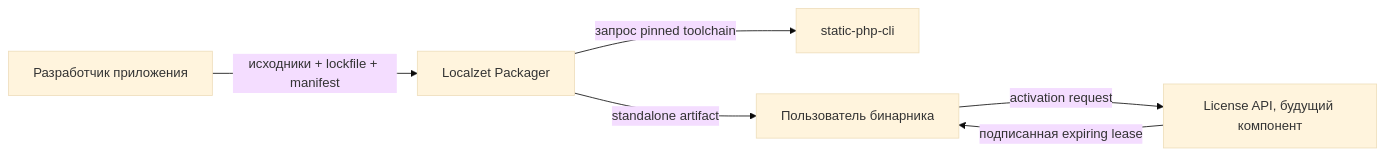
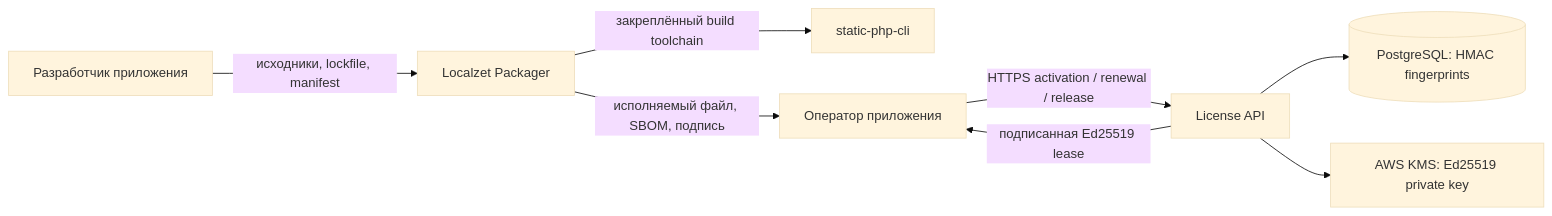
The first of 2 diagrams in docs/architecture.md (localzet/Packager), drawn with Mermaid (base theme) before and after one commit. The commit also changed other lines of this file and 20 other files, not shown here.

First line of the commit message:
feat: add signed online license lease runtime

````diff
--- a/docs/architecture.md
+++ b/docs/architecture.md
@@ -23,8 +19,10 @@
 ```mermaid
 flowchart LR
-  Dev[Разработчик приложения] -->|исходники + lockfile + manifest| P[Localzet Packager]
-  P -->|запрос pinned toolchain| SPC[static-php-cli]
-  P -->|standalone artifact| U[Пользователь бинарника]
-  U -->|activation request| L[License API, будущий компонент]
-  L -->|подписанная expiring lease| U
+  Dev[Разработчик приложения] -->|исходники, lockfile, manifest| P[Localzet Packager]
+  P -->|закреплённый build toolchain| SPC[static-php-cli]
+  P -->|исполняемый файл, SBOM, подпись| Ops[Оператор приложения]
+  Ops -->|HTTPS activation / renewal / release| API[License API]
+  API -->|подписанная Ed25519 lease| Ops
+  API --> DB[(PostgreSQL: HMAC fingerprints)]
+  API --> KMS[AWS KMS: Ed25519 private key]
 ```
````
